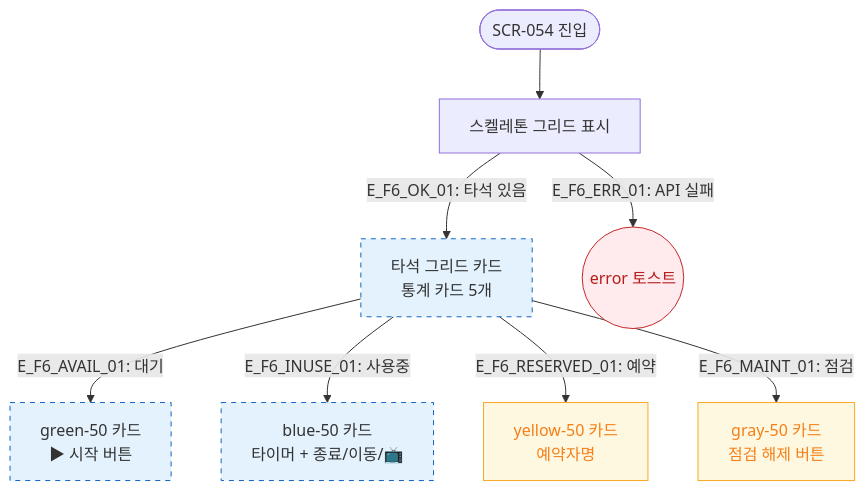
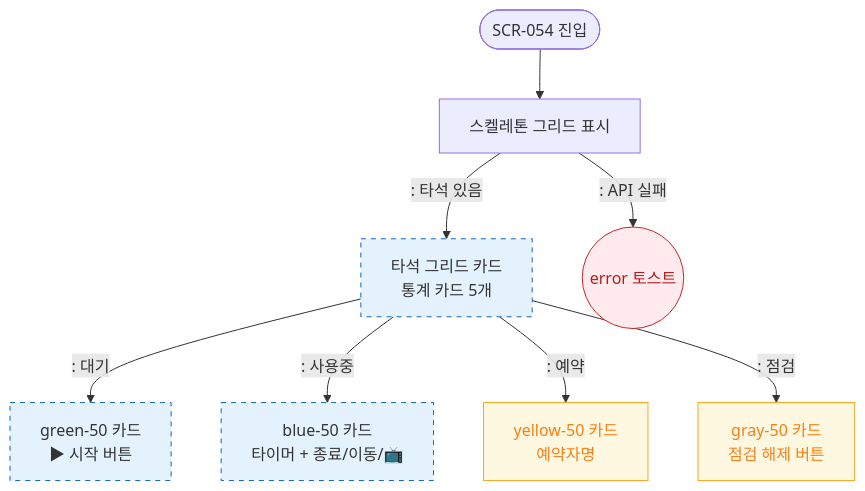
One commit to dev-spogym/admin-pando changed the diagram in docs/다이어그램/D06_시설관리/SCR-054_골프타석관리/F6_상태별.md. Above: the diagram before and after it, drawn with Mermaid. The commit also changed other lines of this file and 1660 other files, not shown here.

First line of the commit message:
다이어그램: 기획자/클라이언트 납품본으로 정리

````diff
--- a/docs/다이어그램/D06_시설관리/SCR-054_골프타석관리/F6_상태별.md
+++ b/docs/다이어그램/D06_시설관리/SCR-054_골프타석관리/F6_상태별.md
@@ -16,18 +14,18 @@
 ```mermaid
 flowchart TD
     ENTER([SCR-054 진입]) --> Loading[스켈레톤 그리드 표시]
-    Loading -->|"E_F6_OK_01: 타석 있음"| StateNormal[타석 그리드 카드\n통계 카드 5개]
-    Loading -->|"E_F6_ERR_01: API 실패"| StateErr((error 토스트))
+    Loading -->|": 타석 있음"|StateNormal[타석 그리드 카드\n통계 카드 5개]
+    Loading -->|": API 실패"|StateErr((error 토스트))
 
-    StateNormal -->|"E_F6_AVAIL_01: 대기"| AvailCard[green-50 카드\n▶ 시작 버튼]
-    StateNormal -->|"E_F6_INUSE_01: 사용중"| InUseCard[blue-50 카드\n타이머 + 종료/이동/📺]
-    StateNormal -->|"E_F6_RESERVED_01: 예약"| ReservedCard[yellow-50 카드\n예약자명]
-    StateNormal -->|"E_F6_MAINT_01: 점검"| MaintCard[gray-50 카드\n점검 해제 버튼]
+    StateNormal -->|": 대기"|AvailCard[green-50 카드\n▶ 시작 버튼]
+    StateNormal -->|": 사용중"|InUseCard[blue-50 카드\n타이머 + 종료/이동/📺]
+    StateNormal -->|": 예약"|ReservedCard[yellow-50 카드\n예약자명]
+    StateNormal -->|": 점검"|MaintCard[gray-50 카드\n점검 해제 버튼]
 
     classDef screen fill:#E3F2FD,stroke:#1565C0,stroke-dasharray:5 5
     classDef warning fill:#FFF8E1,stroke:#F9A825,color:#F57F17
     classDef error fill:#FFEBEE,stroke:#C62828,color:#B71C1C
     class StateNormal,AvailCard,InUseCard screen
     class ReservedCard,MaintCard warning
     class StateErr error
 ```
````
